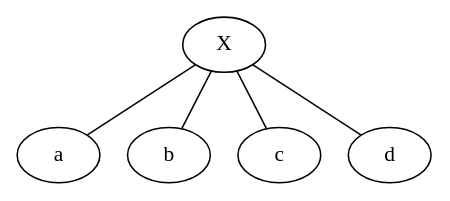
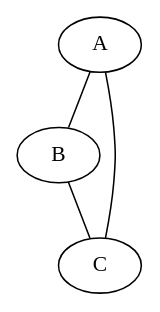
Before and after one commit to joannb1022/GraphTransformations: the diagram in data/graph.dot, drawn with Graphviz. The commit also changed 26 other files, not shown here.

```diff
--- a/data/graph.dot
+++ b/data/graph.dot
@@ -1,11 +1,8 @@
-graph graphname {
-    1 [label = "X"];
-    2 [label = "a"];
-    3 [label = "b"];
-    4 [label = "c"];
-    5 [label = "d"];
-    1 -- 2;
-    1 -- 3;
-    1 -- 4;
-    1 -- 5;
+graph G_0 {
+v1 -- v2;
+v2 -- v3;
+v3 -- v1;
+v1 [label="A"];
+v2 [label="B"];
+v3 [label="C"];
 }
```
